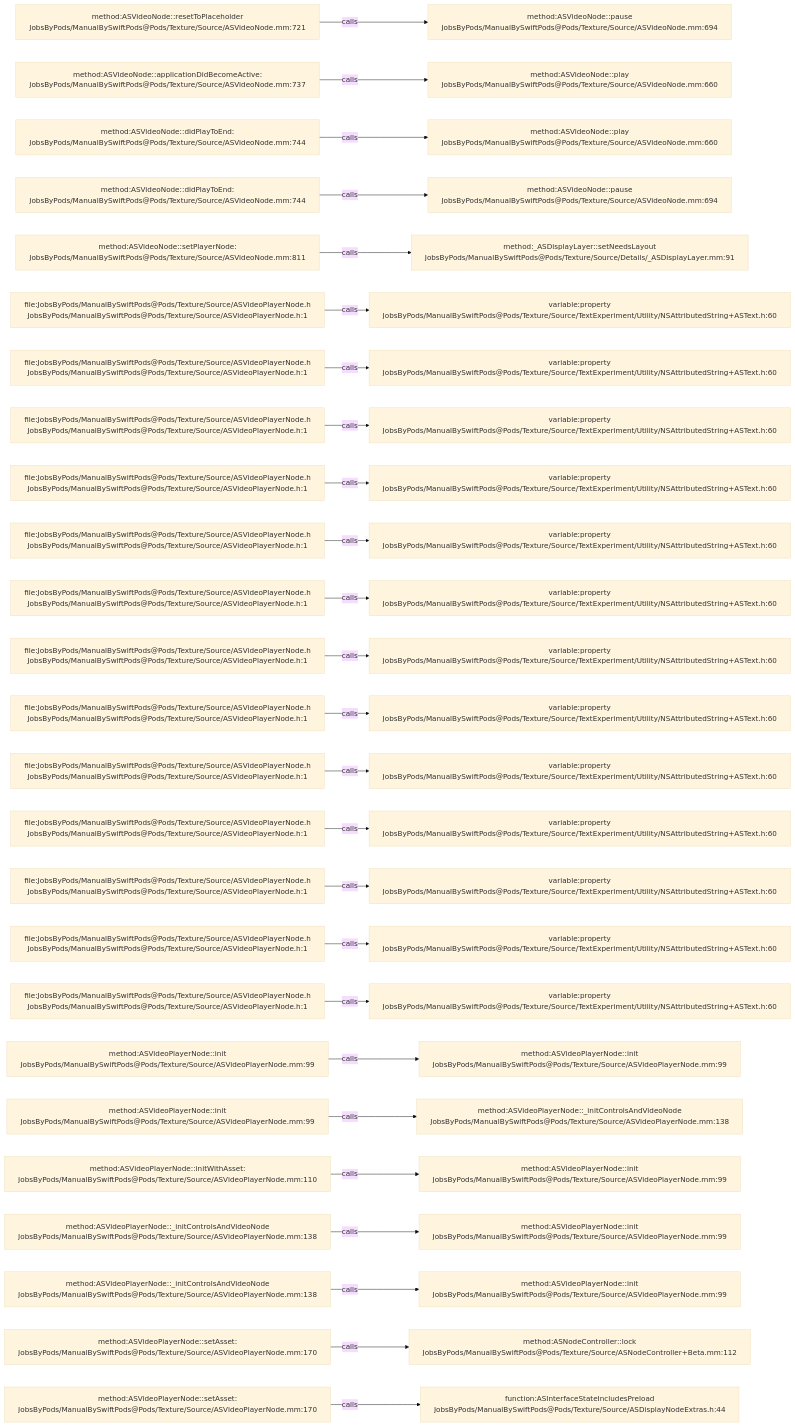
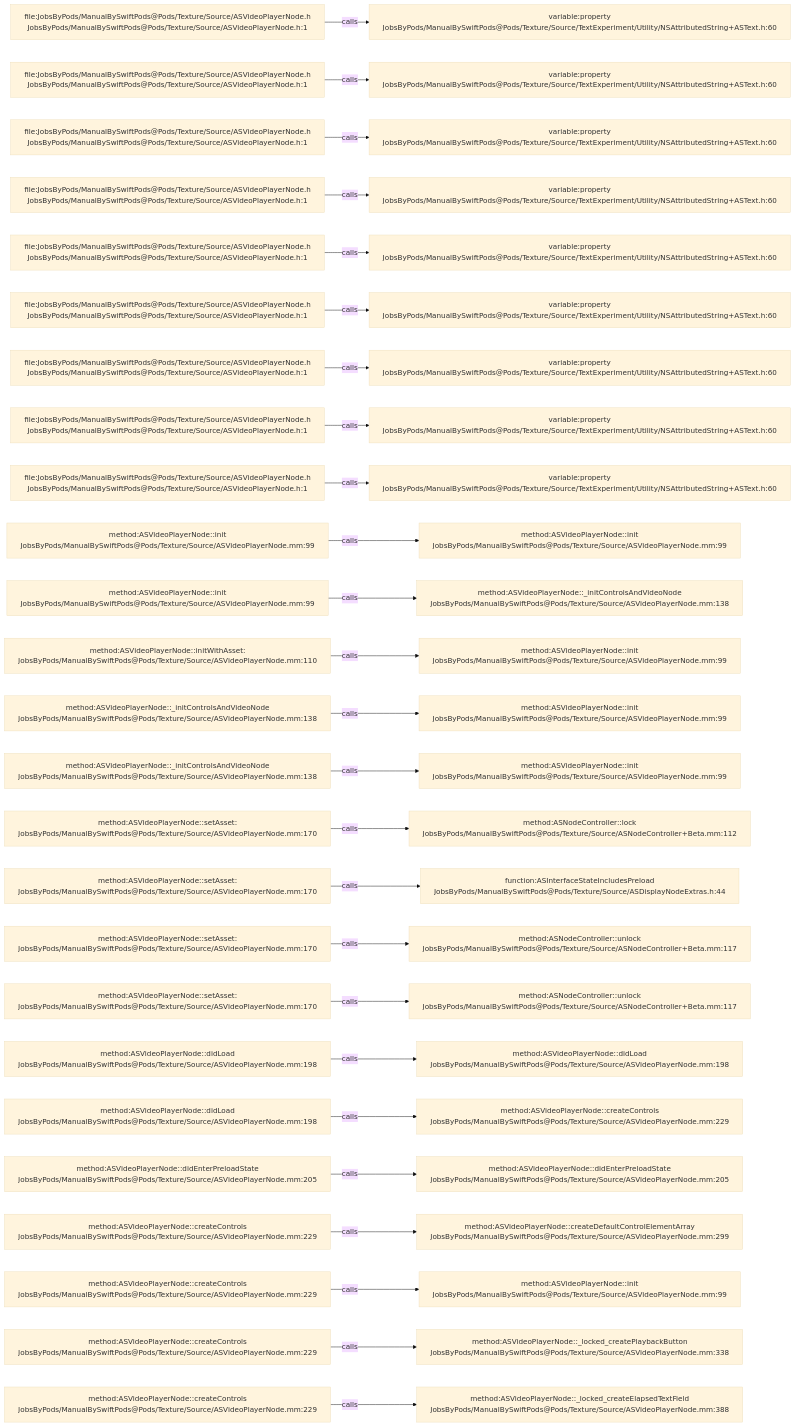
Before and after one commit to JobsKits/JobsSwiftBaseConfigDemo: the diagram in .codegraph/codegraph.md/graphs/calls-076.md, drawn with Mermaid (base theme). The commit also changed 707 other files, not shown here.

````diff
--- a/.codegraph/codegraph.md/graphs/calls-076.md
+++ b/.codegraph/codegraph.md/graphs/calls-076.md
@@ -13,78 +13,78 @@
 ```mermaid
 flowchart LR
-  S1["method:ASVideoNode::resetToPlaceholder<br/>JobsByPods/ManualBySwiftPods@Pods/Texture/Source/ASVideoNode.mm:721"]
-  T1["method:ASVideoNode::pause<br/>JobsByPods/ManualBySwiftPods@Pods/Texture/Source/ASVideoNode.mm:694"]
+  S1["file:JobsByPods/ManualBySwiftPods@Pods/Texture/Source/ASVideoPlayerNode.h<br/>JobsByPods/ManualBySwiftPods@Pods/Texture/Source/ASVideoPlayerNode.h:1"]
+  T1["variable:property<br/>JobsByPods/ManualBySwiftPods@Pods/Texture/Source/TextExperiment/Utility/NSAttributedString+ASText.h:60"]
   S1 -->|calls| T1
-  S2["method:ASVideoNode::applicationDidBecomeActive:<br/>JobsByPods/ManualBySwiftPods@Pods/Texture/Source/ASVideoNode.mm:737"]
-  T2["method:ASVideoNode::play<br/>JobsByPods/ManualBySwiftPods@Pods/Texture/Source/ASVideoNode.mm:660"]
+  S2["file:JobsByPods/ManualBySwiftPods@Pods/Texture/Source/ASVideoPlayerNode.h<br/>JobsByPods/ManualBySwiftPods@Pods/Texture/Source/ASVideoPlayerNode.h:1"]
+  T2["variable:property<br/>JobsByPods/ManualBySwiftPods@Pods/Texture/Source/TextExperiment/Utility/NSAttributedString+ASText.h:60"]
   S2 -->|calls| T2
-  S3["method:ASVideoNode::didPlayToEnd:<br/>JobsByPods/ManualBySwiftPods@Pods/Texture/Source/ASVideoNode.mm:744"]
-  T3["method:ASVideoNode::play<br/>JobsByPods/ManualBySwiftPods@Pods/Texture/Source/ASVideoNode.mm:660"]
+  S3["file:JobsByPods/ManualBySwiftPods@Pods/Texture/Source/ASVideoPlayerNode.h<br/>JobsByPods/ManualBySwiftPods@Pods/Texture/Source/ASVideoPlayerNode.h:1"]
+  T3["variable:property<br/>JobsByPods/ManualBySwiftPods@Pods/Texture/Source/TextExperiment/Utility/NSAttributedString+ASText.h:60"]
   S3 -->|calls| T3
-  S4["method:ASVideoNode::didPlayToEnd:<br/>JobsByPods/ManualBySwiftPods@Pods/Texture/Source/ASVideoNode.mm:744"]
-  T4["method:ASVideoNode::pause<br/>JobsByPods/ManualBySwiftPods@Pods/Texture/Source/ASVideoNode.mm:694"]
+  S4["file:JobsByPods/ManualBySwiftPods@Pods/Texture/Source/ASVideoPlayerNode.h<br/>JobsByPods/ManualBySwiftPods@Pods/Texture/Source/ASVideoPlayerNode.h:1"]
+  T4["variable:property<br/>JobsByPods/ManualBySwiftPods@Pods/Texture/Source/TextExperiment/Utility/NSAttributedString+ASText.h:60"]
   S4 -->|calls| T4
-  S5["method:ASVideoNode::setPlayerNode:<br/>JobsByPods/ManualBySwiftPods@Pods/Texture/Source/ASVideoNode.mm:811"]
-  T5["method:_ASDisplayLayer::setNeedsLayout<br/>JobsByPods/ManualBySwiftPods@Pods/Texture/Source/Details/_ASDisplayLayer.mm:91"]
+  S5["file:JobsByPods/ManualBySwiftPods@Pods/Texture/Source/ASVideoPlayerNode.h<br/>JobsByPods/ManualBySwiftPods@Pods/Texture/Source/ASVideoPlayerNode.h:1"]
+  T5["variable:property<br/>JobsByPods/ManualBySwiftPods@Pods/Texture/Source/TextExperiment/Utility/NSAttributedString+ASText.h:60"]
   S5 -->|calls| T5
   S6["file:JobsByPods/ManualBySwiftPods@Pods/Texture/Source/ASVideoPlayerNode.h<br/>JobsByPods/ManualBySwiftPods@Pods/Texture/Source/ASVideoPlayerNode.h:1"]
   T6["variable:property<br/>JobsByPods/ManualBySwiftPods@Pods/Texture/Source/TextExperiment/Utility/NSAttributedString+ASText.h:60"]
   S6 -->|calls| T6
   S7["file:JobsByPods/ManualBySwiftPods@Pods/Texture/Source/ASVideoPlayerNode.h<br/>JobsByPods/ManualBySwiftPods@Pods/Texture/Source/ASVideoPlayerNode.h:1"]
   T7["variable:property<br/>JobsByPods/ManualBySwiftPods@Pods/Texture/Source/TextExperiment/Utility/NSAttributedString+ASText.h:60"]
   S7 -->|calls| T7
   S8["file:JobsByPods/ManualBySwiftPods@Pods/Texture/Source/ASVideoPlayerNode.h<br/>JobsByPods/ManualBySwiftPods@Pods/Texture/Source/ASVideoPlayerNode.h:1"]
   T8["variable:property<br/>JobsByPods/ManualBySwiftPods@Pods/Texture/Source/TextExperiment/Utility/NSAttributedString+ASText.h:60"]
   S8 -->|calls| T8
   S9["file:JobsByPods/ManualBySwiftPods@Pods/Texture/Source/ASVideoPlayerNode.h<br/>JobsByPods/ManualBySwiftPods@Pods/Texture/Source/ASVideoPlayerNode.h:1"]
   T9["variable:property<br/>JobsByPods/ManualBySwiftPods@Pods/Texture/Source/TextExperiment/Utility/NSAttributedString+ASText.h:60"]
   S9 -->|calls| T9
-  S10["file:JobsByPods/ManualBySwiftPods@Pods/Texture/Source/ASVideoPlayerNode.h<br/>JobsByPods/ManualBySwiftPods@Pods/Texture/Source/ASVideoPlayerNode.h:1"]
-  T10["variable:property<br/>JobsByPods/ManualBySwiftPods@Pods/Texture/Source/TextExperiment/Utility/NSAttributedString+ASText.h:60"]
+  S10["method:ASVideoPlayerNode::init<br/>JobsByPods/ManualBySwiftPods@Pods/Texture/Source/ASVideoPlayerNode.mm:99"]
+  T10["method:ASVideoPlayerNode::init<br/>JobsByPods/ManualBySwiftPods@Pods/Texture/Source/ASVideoPlayerNode.mm:99"]
   S10 -->|calls| T10
-  S11["file:JobsByPods/ManualBySwiftPods@Pods/Texture/Source/ASVideoPlayerNode.h<br/>JobsByPods/ManualBySwiftPods@Pods/Texture/Source/ASVideoPlayerNode.h:1"]
-  T11["variable:property<br/>JobsByPods/ManualBySwiftPods@Pods/Texture/Source/TextExperiment/Utility/NSAttributedString+ASText.h:60"]
+  S11["method:ASVideoPlayerNode::init<br/>JobsByPods/ManualBySwiftPods@Pods/Texture/Source/ASVideoPlayerNode.mm:99"]
+  T11["method:ASVideoPlayerNode::_initControlsAndVideoNode<br/>JobsByPods/ManualBySwiftPods@Pods/Texture/Source/ASVideoPlayerNode.mm:138"]
   S11 -->|calls| T11
-  S12["file:JobsByPods/ManualBySwiftPods@Pods/Texture/Source/ASVideoPlayerNode.h<br/>JobsByPods/ManualBySwiftPods@Pods/Texture/Source/ASVideoPlayerNode.h:1"]
-  T12["variable:property<br/>JobsByPods/ManualBySwiftPods@Pods/Texture/Source/TextExperiment/Utility/NSAttributedString+ASText.h:60"]
+  S12["method:ASVideoPlayerNode::initWithAsset:<br/>JobsByPods/ManualBySwiftPods@Pods/Texture/Source/ASVideoPlayerNode.mm:110"]
+  T12["method:ASVideoPlayerNode::init<br/>JobsByPods/ManualBySwiftPods@Pods/Texture/Source/ASVideoPlayerNode.mm:99"]
   S12 -->|calls| T12
-  S13["file:JobsByPods/ManualBySwiftPods@Pods/Texture/Source/ASVideoPlayerNode.h<br/>JobsByPods/ManualBySwiftPods@Pods/Texture/Source/ASVideoPlayerNode.h:1"]
-  T13["variable:property<br/>JobsByPods/ManualBySwiftPods@Pods/Texture/Source/TextExperiment/Utility/NSAttributedString+ASText.h:60"]
+  S13["method:ASVideoPlayerNode::_initControlsAndVideoNode<br/>JobsByPods/ManualBySwiftPods@Pods/Texture/Source/ASVideoPlayerNode.mm:138"]
+  T13["method:ASVideoPlayerNode::init<br/>JobsByPods/ManualBySwiftPods@Pods/Texture/Source/ASVideoPlayerNode.mm:99"]
   S13 -->|calls| T13
-  S14["file:JobsByPods/ManualBySwiftPods@Pods/Texture/Source/ASVideoPlayerNode.h<br/>JobsByPods/ManualBySwiftPods@Pods/Texture/Source/ASVideoPlayerNode.h:1"]
-  T14["variable:property<br/>JobsByPods/ManualBySwiftPods@Pods/Texture/Source/TextExperiment/Utility/NSAttributedString+ASText.h:60"]
+  S14["method:ASVideoPlayerNode::_initControlsAndVideoNode<br/>JobsByPods/ManualBySwiftPods@Pods/Texture/Source/ASVideoPlayerNode.mm:138"]
+  T14["method:ASVideoPlayerNode::init<br/>JobsByPods/ManualBySwiftPods@Pods/Texture/Source/ASVideoPlayerNode.mm:99"]
   S14 -->|calls| T14
-  S15["file:JobsByPods/ManualBySwiftPods@Pods/Texture/Source/ASVideoPlayerNode.h<br/>JobsByPods/ManualBySwiftPods@Pods/Texture/Source/ASVideoPlayerNode.h:1"]
-  T15["variable:property<br/>JobsByPods/ManualBySwiftPods@Pods/Texture/Source/TextExperiment/Utility/NSAttributedString+ASText.h:60"]
+  S15["method:ASVideoPlayerNode::setAsset:<br/>JobsByPods/ManualBySwiftPods@Pods/Texture/Source/ASVideoPlayerNode.mm:170"]
+  T15["method:ASNodeController::lock<br/>JobsByPods/ManualBySwiftPods@Pods/Texture/Source/ASNodeController+Beta.mm:112"]
   S15 -->|calls| T15
-  S16["file:JobsByPods/ManualBySwiftPods@Pods/Texture/Source/ASVideoPlayerNode.h<br/>JobsByPods/ManualBySwiftPods@Pods/Texture/Source/ASVideoPlayerNode.h:1"]
-  T16["variable:property<br/>JobsByPods/ManualBySwiftPods@Pods/Texture/Source/TextExperiment/Utility/NSAttributedString+ASText.h:60"]
+  S16["method:ASVideoPlayerNode::setAsset:<br/>JobsByPods/ManualBySwiftPods@Pods/Texture/Source/ASVideoPlayerNode.mm:170"]
+  T16["function:ASInterfaceStateIncludesPreload<br/>JobsByPods/ManualBySwiftPods@Pods/Texture/Source/ASDisplayNodeExtras.h:44"]
   S16 -->|calls| T16
-  S17["file:JobsByPods/ManualBySwiftPods@Pods/Texture/Source/ASVideoPlayerNode.h<br/>JobsByPods/ManualBySwiftPods@Pods/Texture/Source/ASVideoPlayerNode.h:1"]
-  T17["variable:property<br/>JobsByPods/ManualBySwiftPods@Pods/Texture/Source/TextExperiment/Utility/NSAttributedString+ASText.h:60"]
+  S17["method:ASVideoPlayerNode::setAsset:<br/>JobsByPods/ManualBySwiftPods@Pods/Texture/Source/ASVideoPlayerNode.mm:170"]
+  T17["method:ASNodeController::unlock<br/>JobsByPods/ManualBySwiftPods@Pods/Texture/Source/ASNodeController+Beta.mm:117"]
   S17 -->|calls| T17
-  S18["file:JobsByPods/ManualBySwiftPods@Pods/Texture/Source/ASVideoPlayerNode.h<br/>JobsByPods/ManualBySwiftPods@Pods/Texture/Source/ASVideoPlayerNode.h:1"]
-  T18["variable:property<br/>JobsByPods/ManualBySwiftPods@Pods/Texture/Source/TextExperiment/Utility/NSAttributedString+ASText.h:60"]
+  S18["method:ASVideoPlayerNode::setAsset:<br/>JobsByPods/ManualBySwiftPods@Pods/Texture/Source/ASVideoPlayerNode.mm:170"]
+  T18["method:ASNodeController::unlock<br/>JobsByPods/ManualBySwiftPods@Pods/Texture/Source/ASNodeController+Beta.mm:117"]
   S18 -->|calls| T18
-  S19["method:ASVideoPlayerNode::init<br/>JobsByPods/ManualBySwiftPods@Pods/Texture/Source/ASVideoPlayerNode.mm:99"]
-  T19["method:ASVideoPlayerNode::init<br/>JobsByPods/ManualBySwiftPods@Pods/Texture/Source/ASVideoPlayerNode.mm:99"]
+  S19["method:ASVideoPlayerNode::didLoad<br/>JobsByPods/ManualBySwiftPods@Pods/Texture/Source/ASVideoPlayerNode.mm:198"]
+  T19["method:ASVideoPlayerNode::didLoad<br/>JobsByPods/ManualBySwiftPods@Pods/Texture/Source/ASVideoPlayerNode.mm:198"]
   S19 -->|calls| T19
-  S20["method:ASVideoPlayerNode::init<br/>JobsByPods/ManualBySwiftPods@Pods/Texture/Source/ASVideoPlayerNode.mm:99"]
-  T20["method:ASVideoPlayerNode::_initControlsAndVideoNode<br/>JobsByPods/ManualBySwiftPods@Pods/Texture/Source/ASVideoPlayerNode.mm:138"]
+  S20["method:ASVideoPlayerNode::didLoad<br/>JobsByPods/ManualBySwiftPods@Pods/Texture/Source/ASVideoPlayerNode.mm:198"]
+  T20["method:ASVideoPlayerNode::createControls<br/>JobsByPods/ManualBySwiftPods@Pods/Texture/Source/ASVideoPlayerNode.mm:229"]
   S20 -->|calls| T20
-  S21["method:ASVideoPlayerNode::initWithAsset:<br/>JobsByPods/ManualBySwiftPods@Pods/Texture/Source/ASVideoPlayerNode.mm:110"]
-  T21["method:ASVideoPlayerNode::init<br/>JobsByPods/ManualBySwiftPods@Pods/Texture/Source/ASVideoPlayerNode.mm:99"]
+  S21["method:ASVideoPlayerNode::didEnterPreloadState<br/>JobsByPods/ManualBySwiftPods@Pods/Texture/Source/ASVideoPlayerNode.mm:205"]
+  T21["method:ASVideoPlayerNode::didEnterPreloadState<br/>JobsByPods/ManualBySwiftPods@Pods/Texture/Source/ASVideoPlayerNode.mm:205"]
   S21 -->|calls| T21
-  S22["method:ASVideoPlayerNode::_initControlsAndVideoNode<br/>JobsByPods/ManualBySwiftPods@Pods/Texture/Source/ASVideoPlayerNode.mm:138"]
-  T22["method:ASVideoPlayerNode::init<br/>JobsByPods/ManualBySwiftPods@Pods/Texture/Source/ASVideoPlayerNode.mm:99"]
+  S22["method:ASVideoPlayerNode::createControls<br/>JobsByPods/ManualBySwiftPods@Pods/Texture/Source/ASVideoPlayerNode.mm:229"]
+  T22["method:ASVideoPlayerNode::createDefaultControlElementArray<br/>JobsByPods/ManualBySwiftPods@Pods/Texture/Source/ASVideoPlayerNode.mm:299"]
   S22 -->|calls| T22
-  S23["method:ASVideoPlayerNode::_initControlsAndVideoNode<br/>JobsByPods/ManualBySwiftPods@Pods/Texture/Source/ASVideoPlayerNode.mm:138"]
+  S23["method:ASVideoPlayerNode::createControls<br/>JobsByPods/ManualBySwiftPods@Pods/Texture/Source/ASVideoPlayerNode.mm:229"]
   T23["method:ASVideoPlayerNode::init<br/>JobsByPods/ManualBySwiftPods@Pods/Texture/Source/ASVideoPlayerNode.mm:99"]
   S23 -->|calls| T23
-  S24["method:ASVideoPlayerNode::setAsset:<br/>JobsByPods/ManualBySwiftPods@Pods/Texture/Source/ASVideoPlayerNode.mm:170"]
-  T24["method:ASNodeController::lock<br/>JobsByPods/ManualBySwiftPods@Pods/Texture/Source/ASNodeController+Beta.mm:112"]
+  S24["method:ASVideoPlayerNode::createControls<br/>JobsByPods/ManualBySwiftPods@Pods/Texture/Source/ASVideoPlayerNode.mm:229"]
+  T24["method:ASVideoPlayerNode::_locked_createPlaybackButton<br/>JobsByPods/ManualBySwiftPods@Pods/Texture/Source/ASVideoPlayerNode.mm:338"]
   S24 -->|calls| T24
-  S25["method:ASVideoPlayerNode::setAsset:<br/>JobsByPods/ManualBySwiftPods@Pods/Texture/Source/ASVideoPlayerNode.mm:170"]
-  T25["function:ASInterfaceStateIncludesPreload<br/>JobsByPods/ManualBySwiftPods@Pods/Texture/Source/ASDisplayNodeExtras.h:44"]
+  S25["method:ASVideoPlayerNode::createControls<br/>JobsByPods/ManualBySwiftPods@Pods/Texture/Source/ASVideoPlayerNode.mm:229"]
+  T25["method:ASVideoPlayerNode::_locked_createElapsedTextField<br/>JobsByPods/ManualBySwiftPods@Pods/Texture/Source/ASVideoPlayerNode.mm:388"]
   S25 -->|calls| T25
 ```
````
